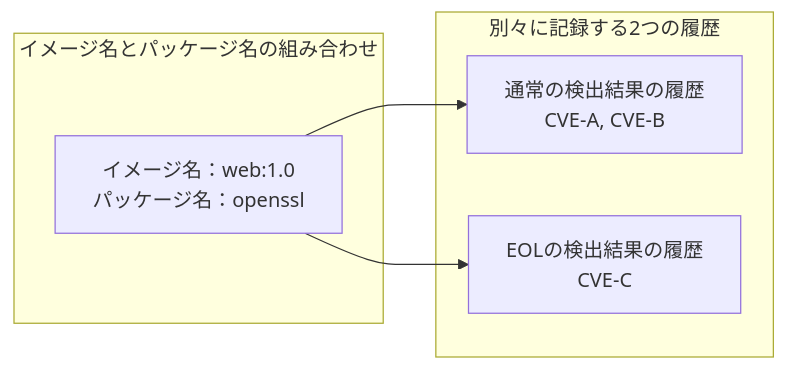
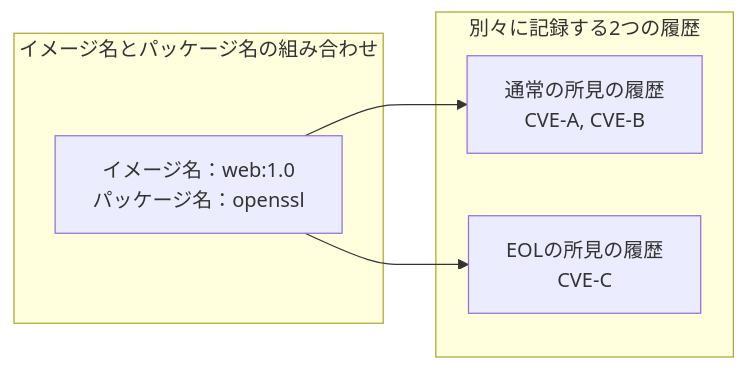
Before and after one commit to kitsunetrail/kestrelynx: the diagram in docs-ja/documentation/diff-logic.md, drawn with Mermaid. The commit also changed other lines of this file and 85 other files, not shown here.

````diff
--- a/docs-ja/documentation/diff-logic.md
+++ b/docs-ja/documentation/diff-logic.md
@@ -16,12 +16,12 @@
 ```mermaid
 flowchart LR
     subgraph combination["イメージ名とパッケージ名の組み合わせ"]
         P["イメージ名：web:1.0<br/>パッケージ名：openssl"]
     end
     subgraph history["別々に記録する2つの履歴"]
-        N["通常の検出結果の履歴<br/>CVE-A, CVE-B"]
-        E["EOLの検出結果の履歴<br/>CVE-C"]
+        N["通常の所見の履歴<br/>CVE-A, CVE-B"]
+        E["EOLの所見の履歴<br/>CVE-C"]
     end
     P --> N
     P --> E
 ```
````
